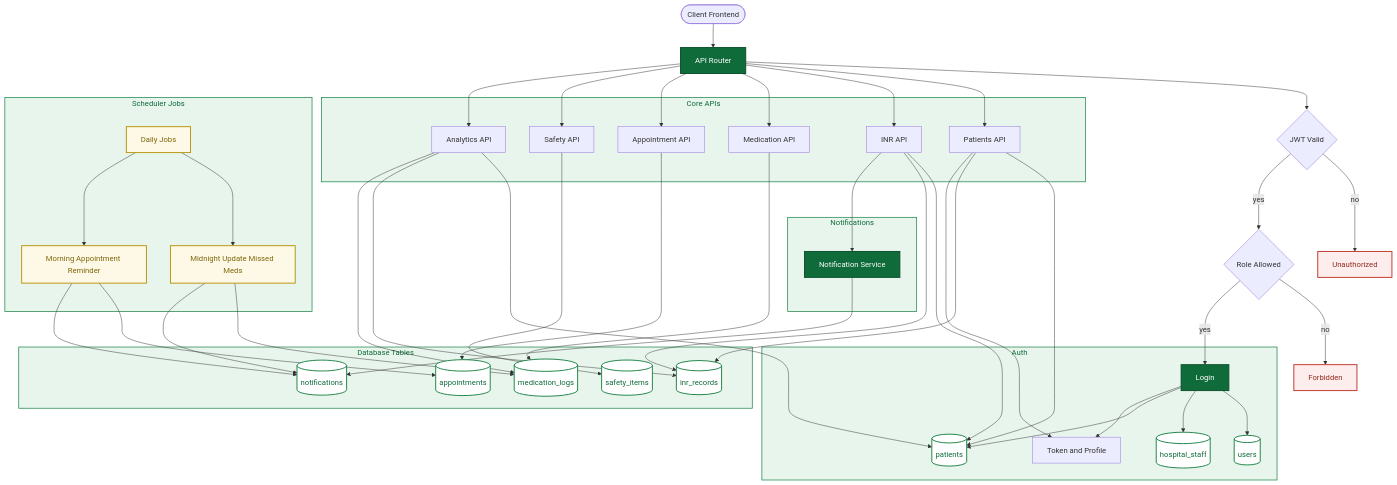
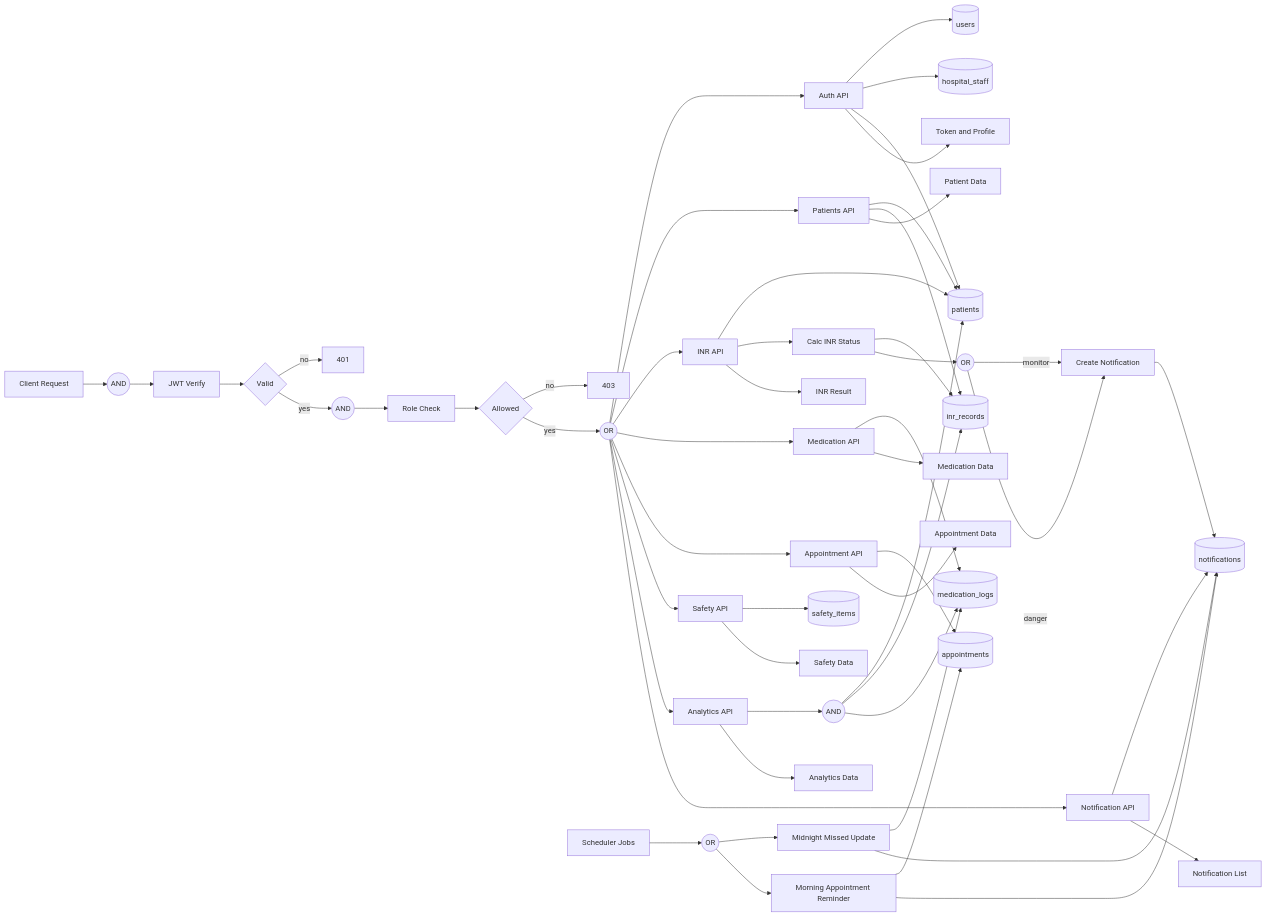
One commit to Ohm5656/Wafarin-Care-backend changed the diagram in README.md. Above: the diagram before and after it, drawn with Mermaid. The commit also changed other lines of this file, not shown here.

````diff
--- a/README.md
+++ b/README.md
@@ -5,94 +5,78 @@
 ```mermaid
-flowchart TB
+flowchart LR
 
-%% ===== Nodes =====
-client([Client Frontend])
-router[API Router]
+C[Client Request] --> G0((AND))
+G0 --> JWT[JWT Verify]
+JWT --> OK{Valid}
 
-authn{JWT Valid}
-authz{Role Allowed}
+OK -->|no| E1[401]
+OK -->|yes| R0((AND))
+R0 --> ROLE[Role Check]
+ROLE --> PERM{Allowed}
 
-r401[Unauthorized]
-r403[Forbidden]
+PERM -->|no| E2[403]
+PERM -->|yes| X0((OR))
 
-%% ===== Sections =====
-subgraph AUTH[Auth]
-  login[Login]
-  users[(users)]
-  staff[(hospital_staff)]
-  patient[(patients)]
-  token[Token and Profile]
-end
+%% Routes (เหมือนแตกแขนง Block 5/6/7 ในรูป)
+X0 --> A1[Auth API]
+X0 --> P1[Patients API]
+X0 --> I1[INR API]
+X0 --> M1[Medication API]
+X0 --> AP1[Appointment API]
+X0 --> S1[Safety API]
+X0 --> AN1[Analytics API]
+X0 --> N1[Notification API]
 
-subgraph CORE[Core APIs]
-  pats[Patients API]
-  inrsvc[INR API]
-  medsvc[Medication API]
-  apptsvc[Appointment API]
-  safesvc[Safety API]
-  anlsvc[Analytics API]
-end
+%% Auth
+A1 --> D1[(users)]
+A1 --> D2[(hospital_staff)]
+A1 --> D3[(patients)]
+A1 --> OUT1[Token and Profile]
 
-subgraph DATA[Database Tables]
-  inr[(inr_records)]
-  meds[(medication_logs)]
-  appt[(appointments)]
-  safe[(safety_items)]
-  noti[(notifications)]
-end
+%% Patients
+P1 --> D3
+P1 --> D4[(inr_records)]
+P1 --> OUT2[Patient Data]
 
-subgraph JOBS[Scheduler Jobs]
-  cron[Daily Jobs]
-  job1[Midnight Update Missed Meds]
-  job2[Morning Appointment Reminder]
-end
+%% INR with status and notify
+I1 --> D3
+I1 --> CALC[Calc INR Status]
+CALC --> D4
+CALC --> K0((OR))
+K0 -->|monitor| N2[Create Notification]
+K0 -->|danger| N2
+N2 --> D8[(notifications)]
+I1 --> OUT3[INR Result]
 
-subgraph NOTIF[Notifications]
-  notisvc[Notification Service]
-end
+%% Medication
+M1 --> D5[(medication_logs)]
+M1 --> OUT4[Medication Data]
 
-%% ===== Flow =====
-client --> router --> authn
-authn -->|no| r401
-authn -->|yes| authz
-authz -->|no| r403
-authz -->|yes| login
+%% Appointment
+AP1 --> D6[(appointments)]
+AP1 --> OUT5[Appointment Data]
 
-login --> users
-login --> staff
-login --> patient
-login --> token
+%% Safety
+S1 --> D7[(safety_items)]
+S1 --> OUT6[Safety Data]
 
-router --> pats --> patient
-pats --> inr
-pats --> token
+%% Analytics (อ่านหลายตาราง)
+AN1 --> Q0((AND))
+Q0 --> D3
+Q0 --> D4
+Q0 --> D5
+AN1 --> OUT7[Analytics Data]
 
-router --> inrsvc --> patient
-inrsvc --> inr
-inrsvc --> notisvc --> noti
+%% Notifications list
+N1 --> D8
+N1 --> OUT8[Notification List]
 
-router --> medsvc --> meds
-router --> apptsvc --> appt
-router --> safesvc --> safe
-router --> anlsvc --> patient
-anlsvc --> inr
-anlsvc --> meds
-
-cron --> job1 --> meds
-cron --> job2 --> appt
-job1 --> noti
-job2 --> noti
-
-%% ===== Styling =====
-classDef main fill:#0F6B3A,color:#ffffff,stroke:#0B4F2B,stroke-width:2px;
-classDef sub fill:#E8F5EC,color:#0F6B3A,stroke:#1E8449,stroke-width:1.5px;
-classDef db fill:#ffffff,color:#0F6B3A,stroke:#1E8449,stroke-width:2px;
-classDef warn fill:#FDEDEC,color:#922B21,stroke:#C0392B,stroke-width:2px;
-classDef job fill:#FEF9E7,color:#7D6608,stroke:#B7950B,stroke-width:2px;
-
-class router,login,notisvc main
-class AUTH,CORE,DATA,JOBS,NOTIF sub
-class users,staff,patient,inr,meds,appt,safe,noti db
-class r401,r403 warn
-class cron,job1,job2 job
+%% Cron jobs
+CR[Scheduler Jobs] --> J0((OR))
+J0 --> J1[Midnight Missed Update]
+J0 --> J2[Morning Appointment Reminder]
+J1 --> D5
+J2 --> D6
+J1 --> D8
+J2 --> D8
 ```
````
